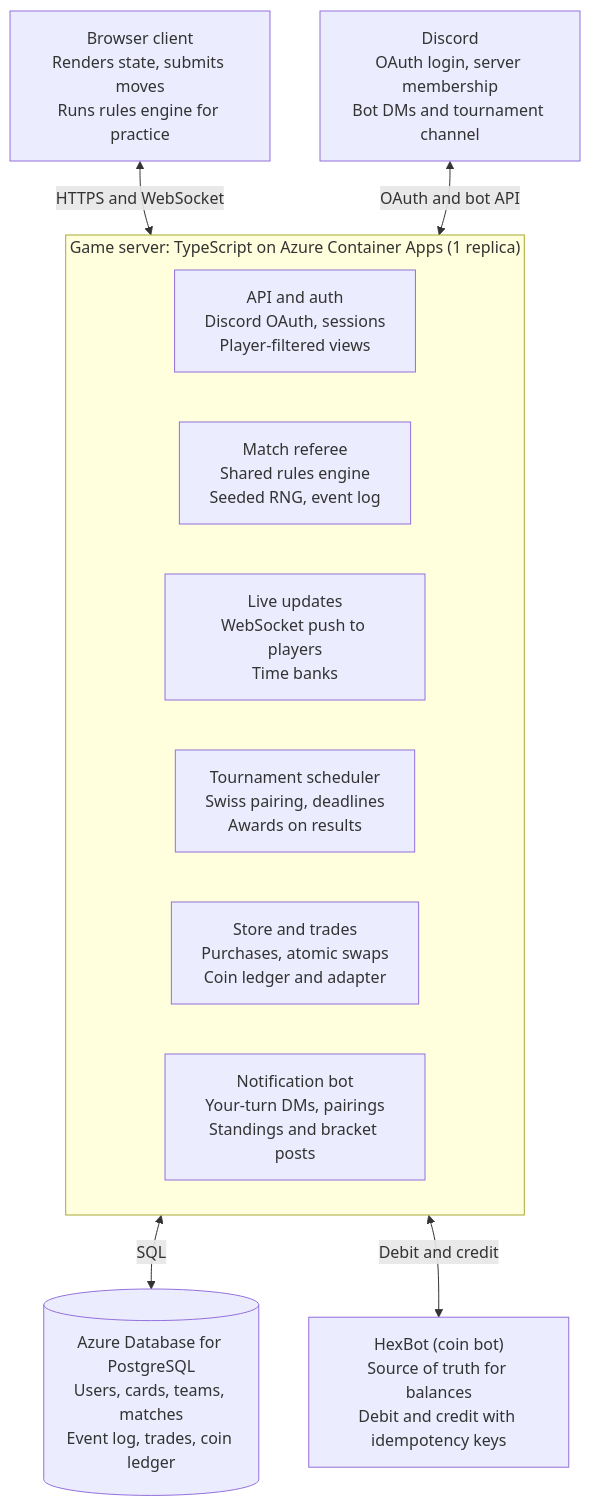
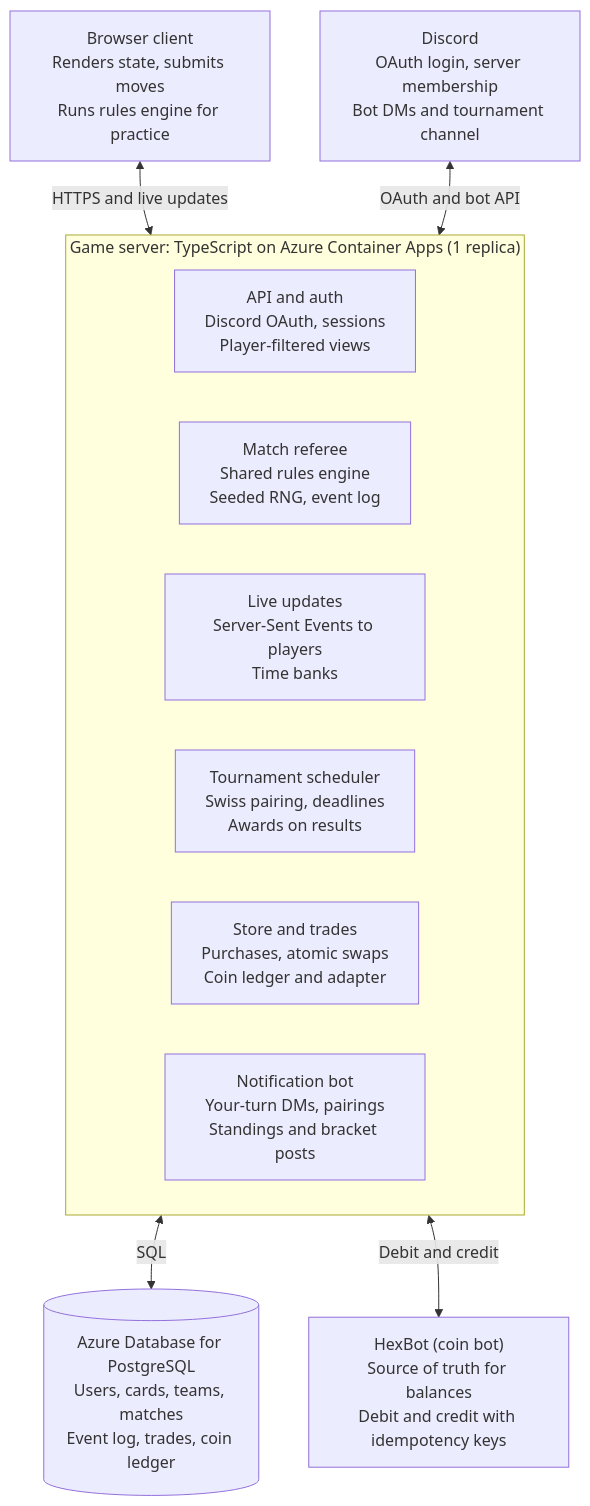
Before and after one commit to Ragoczy/spellstick-cardgame: the diagram in docs/spellstick-multiplayer-design.md, drawn with Mermaid. The commit also changed other lines of this file and 8 other files, not shown here.

````diff
--- a/docs/spellstick-multiplayer-design.md
+++ b/docs/spellstick-multiplayer-design.md
@@ -40,19 +40,19 @@
 ```mermaid
 flowchart TB
     Browser["Browser client<br/>Renders state, submits moves<br/>Runs rules engine for practice"]
     Discord["Discord<br/>OAuth login, server membership<br/>Bot DMs and tournament channel"]
     subgraph Server["Game server: TypeScript on Azure Container Apps (1 replica)"]
         API["API and auth<br/>Discord OAuth, sessions<br/>Player-filtered views"]
         Ref["Match referee<br/>Shared rules engine<br/>Seeded RNG, event log"]
-        Live["Live updates<br/>WebSocket push to players<br/>Time banks"]
+        Live["Live updates<br/>Server-Sent Events to players<br/>Time banks"]
         Tourney["Tournament scheduler<br/>Swiss pairing, deadlines<br/>Awards on results"]
         Store["Store and trades<br/>Purchases, atomic swaps<br/>Coin ledger and adapter"]
         Bot["Notification bot<br/>Your-turn DMs, pairings<br/>Standings and bracket posts"]
     end
     DB[("Azure Database for PostgreSQL<br/>Users, cards, teams, matches<br/>Event log, trades, coin ledger")]
     Hex["HexBot (coin bot)<br/>Source of truth for balances<br/>Debit and credit with idempotency keys"]
-    Browser <-->|HTTPS and WebSocket| Server
+    Browser <-->|HTTPS and live updates| Server
     Discord <-->|OAuth and bot API| Server
     Server <-->|SQL| DB
     Server <-->|Debit and credit| Hex
 ```
````
